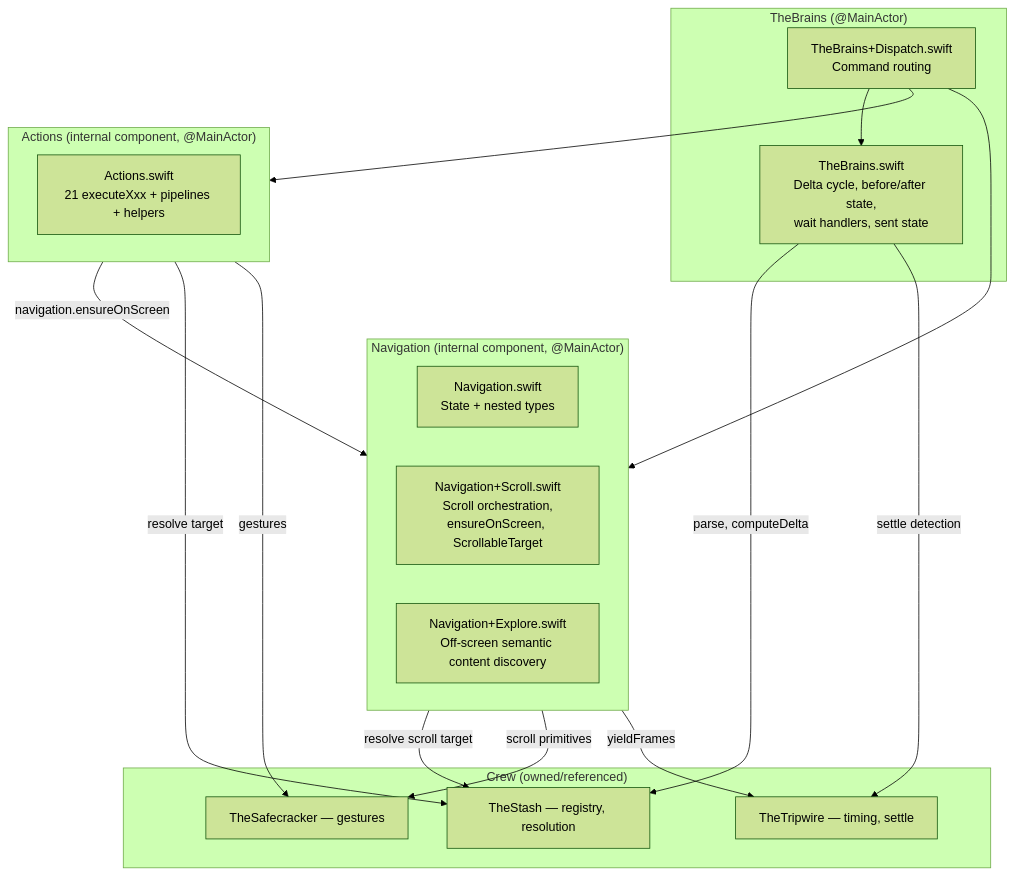
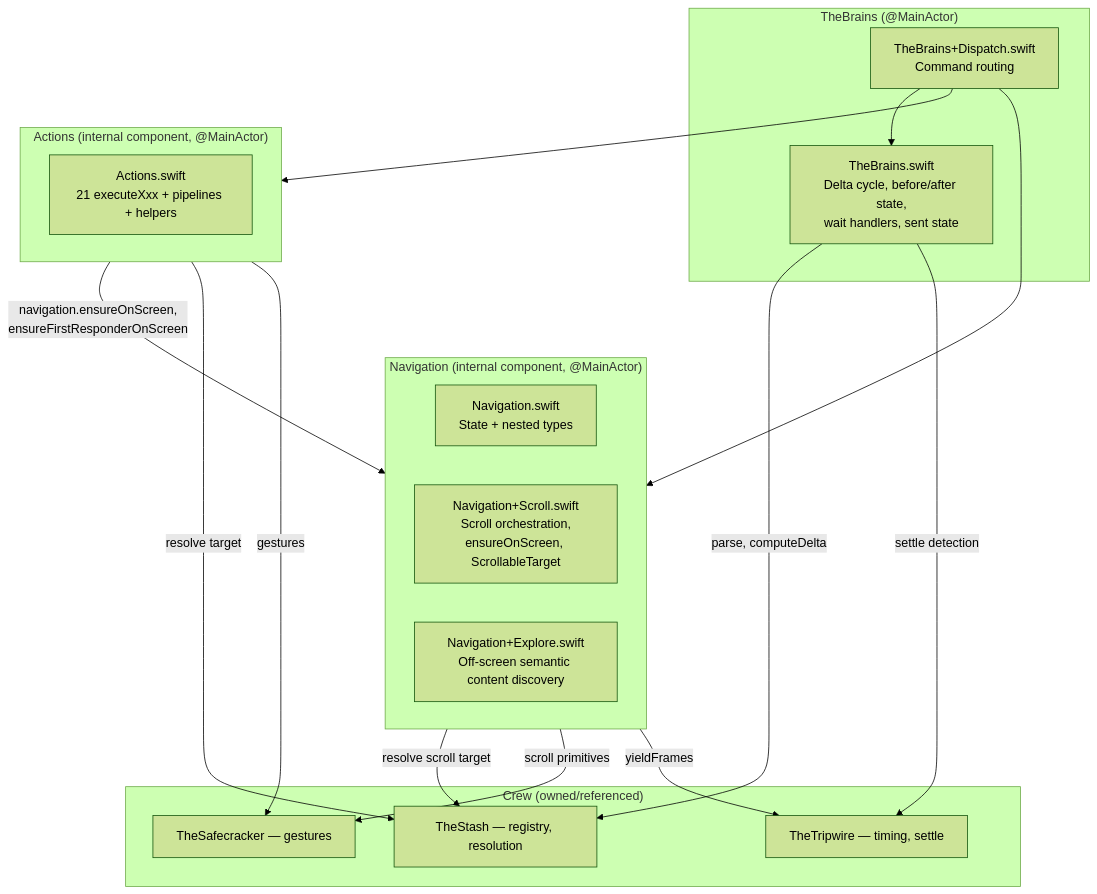
One commit to RoyalPineapple/TheButtonHeist changed the first of 3 diagrams in docs/dossiers/13-THEBRAINS.md. Above: the diagram before and after it, drawn with Mermaid (forest theme). The commit also changed other lines of this file and 1 other file, not shown here.

Commit message:
Fix text entry architecture docs

````diff
--- a/docs/dossiers/13-THEBRAINS.md
+++ b/docs/dossiers/13-THEBRAINS.md
@@ -33,35 +33,35 @@
 ```mermaid
 graph TD
     subgraph TheBrains["TheBrains (@MainActor)"]
         Dispatch["TheBrains+Dispatch.swift<br/>Command routing"]
         Core["TheBrains.swift<br/>Delta cycle, before/after state,<br/>wait handlers, sent state"]
     end
 
     subgraph Navigation["Navigation (internal component, @MainActor)"]
         NavCore["Navigation.swift<br/>State + nested types"]
         NavScroll["Navigation+Scroll.swift<br/>Scroll orchestration,<br/>ensureOnScreen, ScrollableTarget"]
         NavExplore["Navigation+Explore.swift<br/>Off-screen semantic content discovery"]
     end
 
     subgraph Actions["Actions (internal component, @MainActor)"]
         ActCore["Actions.swift<br/>21 executeXxx + pipelines + helpers"]
     end
 
     subgraph Crew["Crew (owned/referenced)"]
         Stash["TheStash — registry, resolution"]
         Safecracker["TheSafecracker — gestures"]
         Tripwire["TheTripwire — timing, settle"]
     end
 
     Dispatch --> Actions
     Dispatch --> Navigation
     Dispatch --> Core
-    Actions -->|"navigation.ensureOnScreen"| Navigation
+    Actions -->|"navigation.ensureOnScreen,<br/>ensureFirstResponderOnScreen"| Navigation
     Actions -->|"resolve target"| Stash
     Actions -->|"gestures"| Safecracker
     Navigation -->|"resolve scroll target"| Stash
     Navigation -->|"scroll primitives"| Safecracker
     Navigation -->|"yieldFrames"| Tripwire
     Core -->|"parse, computeDelta"| Stash
     Core -->|"settle detection"| Tripwire
 ```
````
